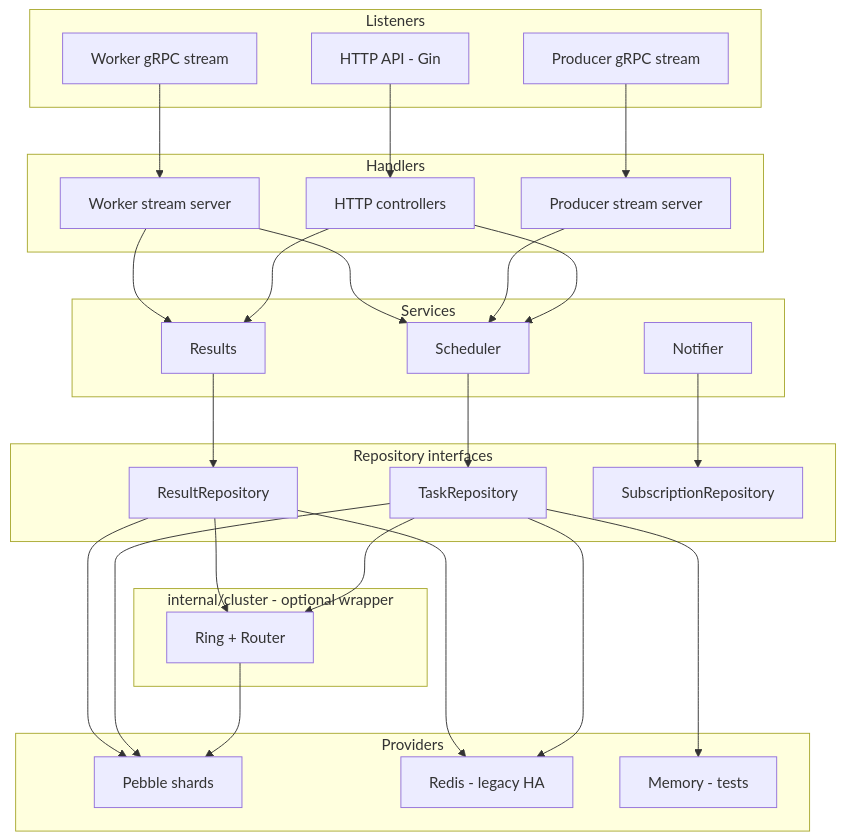
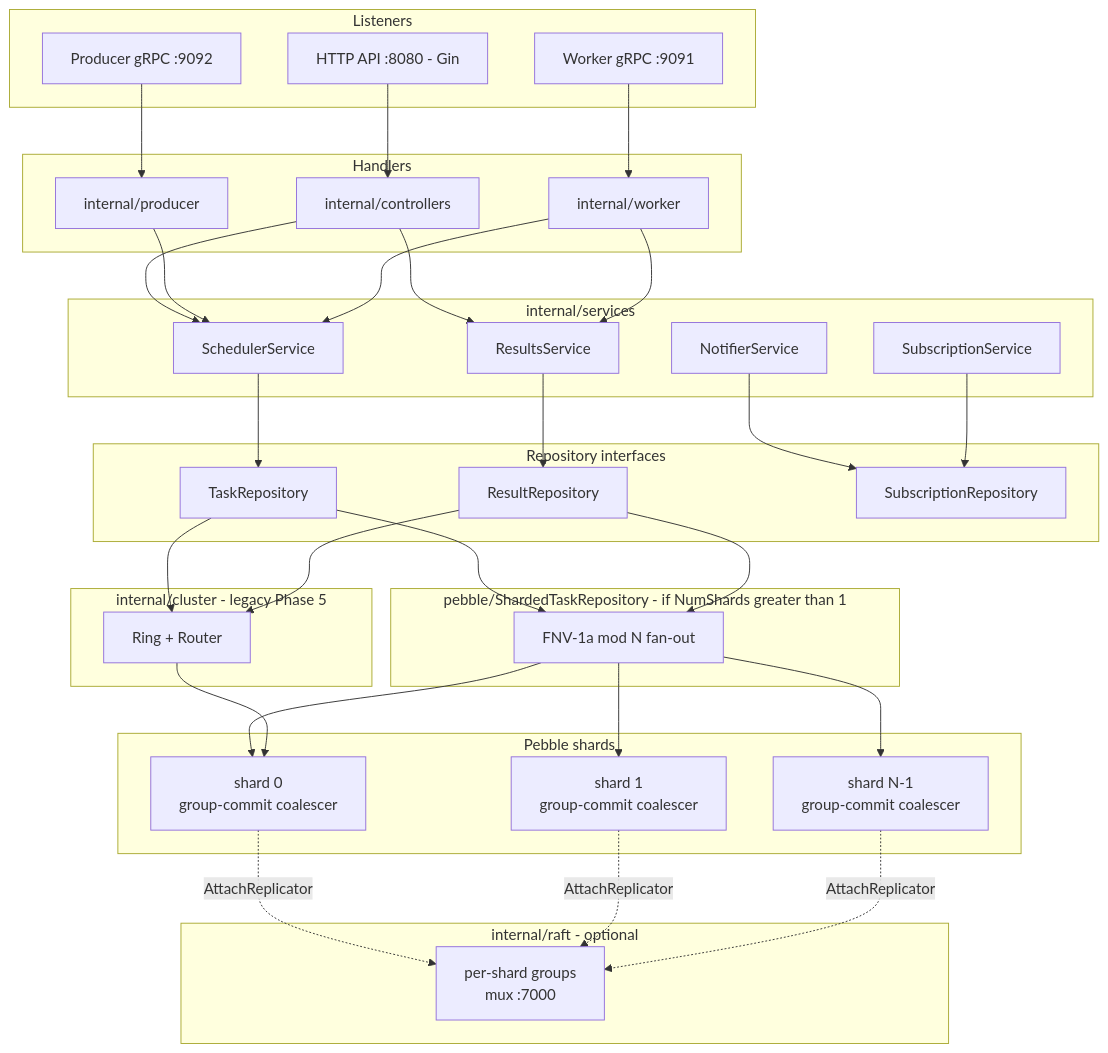
The first of 6 diagrams in docs/03-architecture.md (osvaldoandrade/codeq), drawn with Mermaid before and after one commit. The commit also changed other lines of this file, not shown here.

First line of the commit message:
docs(architecture): refresh 03-architecture.md to Pebble-only, add raft + sharding flows (#613)

````diff
--- a/docs/03-architecture.md
+++ b/docs/03-architecture.md
@@ -112,50 +74,61 @@
 ```mermaid
 graph TB
   subgraph Listeners[Listeners]
-    HTTP[HTTP API - Gin]
-    PSTREAM[Producer gRPC stream]
-    WSTREAM[Worker gRPC stream]
+    HTTP[HTTP API :8080 - Gin]
+    PSTREAM[Producer gRPC :9092]
+    WSTREAM[Worker gRPC :9091]
   end
   subgraph Handlers[Handlers]
-    CTL[HTTP controllers]
-    PSRV[Producer stream server]
-    WSRV[Worker stream server]
+    CTL[internal/controllers]
+    PSRV[internal/producer]
+    WSRV[internal/worker]
   end
-  subgraph Services[Services]
-    SCH[Scheduler]
-    RES[Results]
-    NOT[Notifier]
+  subgraph Services[internal/services]
+    SCH[SchedulerService]
+    RES[ResultsService]
+    NOT[NotifierService]
+    SUB[SubscriptionService]
   end
   subgraph Repos[Repository interfaces]
     TR[TaskRepository]
     RR[ResultRepository]
     SR[SubscriptionRepository]
   end
-  subgraph Cluster[internal/cluster - optional wrapper]
+  subgraph Sharded[pebble/ShardedTaskRepository - if NumShards greater than 1]
+    SH[FNV-1a mod N fan-out]
+  end
+  subgraph Raft[internal/raft - optional]
+    RAFT[per-shard groups<br/>mux :7000]
+  end
+  subgraph Cluster[internal/cluster - legacy Phase 5]
     RING[Ring + Router]
   end
-  subgraph Providers[Providers]
-    PEB[Pebble shards]
-    RED[Redis - legacy HA]
-    MEM[Memory - tests]
+  subgraph Storage[Pebble shards]
+    P0[shard 0<br/>group-commit coalescer]
+    P1[shard 1<br/>group-commit coalescer]
+    PN[shard N-1<br/>group-commit coalescer]
   end
   HTTP --> CTL
   PSTREAM --> PSRV
   WSTREAM --> WSRV
   CTL --> SCH
   CTL --> RES
   PSRV --> SCH
   WSRV --> SCH
   WSRV --> RES
   SCH --> TR
   RES --> RR
   NOT --> SR
+  SUB --> SR
+  TR --> SH
+  RR --> SH
+  SH --> P0
+  SH --> P1
+  SH --> PN
   TR --> RING
   RR --> RING
-  RING --> PEB
-  TR --> PEB
-  TR --> RED
-  TR --> MEM
-  RR --> PEB
-  RR --> RED
+  RING --> P0
+  P0 -. AttachReplicator .-> RAFT
+  P1 -. AttachReplicator .-> RAFT
+  PN -. AttachReplicator .-> RAFT
 ```
````
